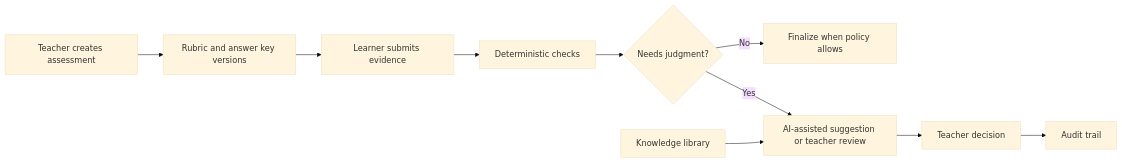
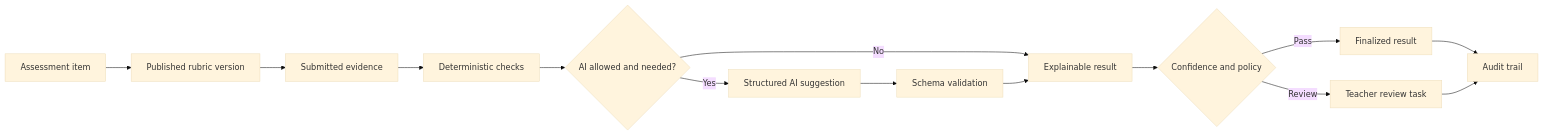
Before and after one commit to HuyVuCV1011/RubriCore-STE: the first of 2 diagrams in README.md, drawn with Mermaid (base theme). The commit also changed other lines of this file and 5 other files, not shown here.

````diff
--- a/README.md
+++ b/README.md
@@ -21,12 +9,16 @@
 ```mermaid
 flowchart LR
-    A["Teacher creates assessment"] --> B["Rubric and answer key versions"]
-    B --> C["Learner submits evidence"]
+    A["Assessment item"] --> B["Published rubric version"]
+    B --> C["Submitted evidence"]
     C --> D["Deterministic checks"]
-    D --> E{"Needs judgment?"}
-    E -- "No" --> F["Finalize when policy allows"]
-    E -- "Yes" --> G["AI-assisted suggestion or teacher review"]
-    G --> H["Teacher decision"]
-    H --> I["Audit trail"]
-    J["Knowledge library"] --> G
+    D --> E{"AI allowed and needed?"}
+    E -- "No" --> F["Explainable result"]
+    E -- "Yes" --> G["Structured AI suggestion"]
+    G --> H["Schema validation"]
+    H --> F
+    F --> I{"Confidence and policy"}
+    I -- "Pass" --> J["Finalized result"]
+    I -- "Review" --> K["Teacher review task"]
+    J --> L["Audit trail"]
+    K --> L
 ```
````
